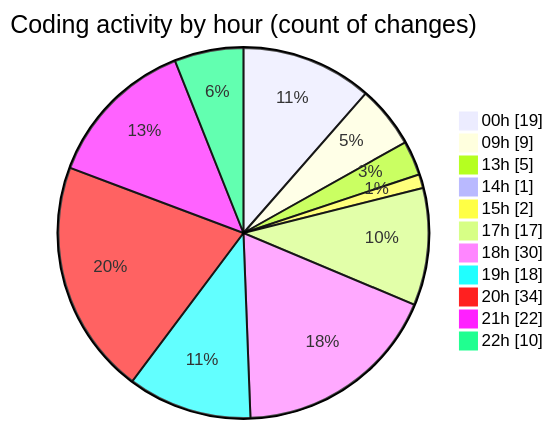
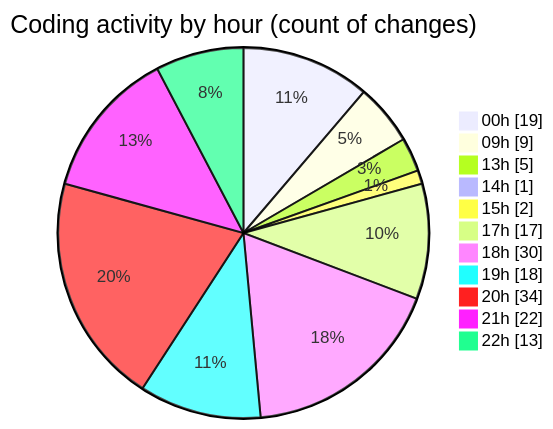
One commit to EIIisD/code-tracking changed the second of 2 diagrams in 2025-08-12/ribbon/README.md. Above: the diagram before and after it, drawn with Mermaid. The commit also changed other lines of this file and 1 other file, not shown here.

````diff
--- a/2025-08-12/ribbon/README.md
+++ b/2025-08-12/ribbon/README.md
@@ -57,15 +58,15 @@
 ```mermaid
 pie showData
 title Coding activity by hour (count of changes)
 "00h" : 19
 "09h" : 9
 "13h" : 5
 "14h" : 1
 "15h" : 2
 "17h" : 17
 "18h" : 30
 "19h" : 18
 "20h" : 34
 "21h" : 22
-"22h" : 10
+"22h" : 13
 ```
````
